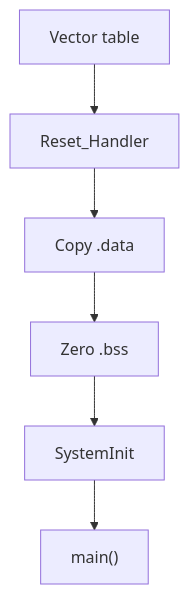
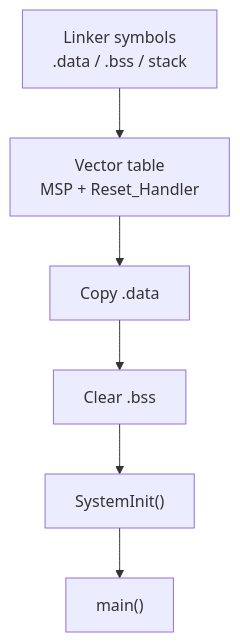
The second of 2 diagrams in docs/architecture.md (haikevins/stm32f1-spl-procedural-baremetal), drawn with Mermaid before and after one commit. The commit also changed 2 other files, not shown here.

Commit message:
update: README.md

````diff
--- a/docs/architecture.md
+++ b/docs/architecture.md
@@ -76,8 +76,8 @@
 ```mermaid
 flowchart TB
-    VECTOR["Vector table"] --> RESET["Reset_Handler"]
+    LINK["Linker symbols<br/>.data / .bss / stack"] --> RESET["Vector table<br/>MSP + Reset_Handler"]
     RESET --> DATA["Copy .data"]
-    DATA --> BSS["Zero .bss"]
-    BSS --> CLOCK["SystemInit"]
+    DATA --> BSS["Clear .bss"]
+    BSS --> CLOCK["SystemInit()"]
     CLOCK --> MAIN["main()"]
 ```
````
